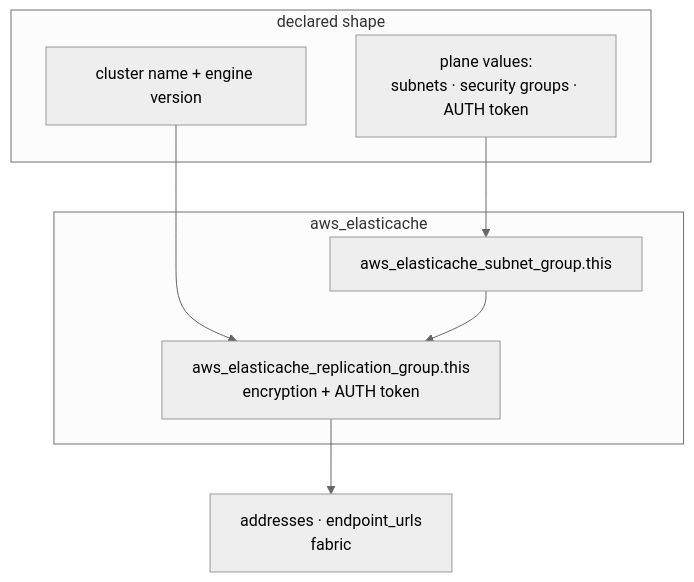
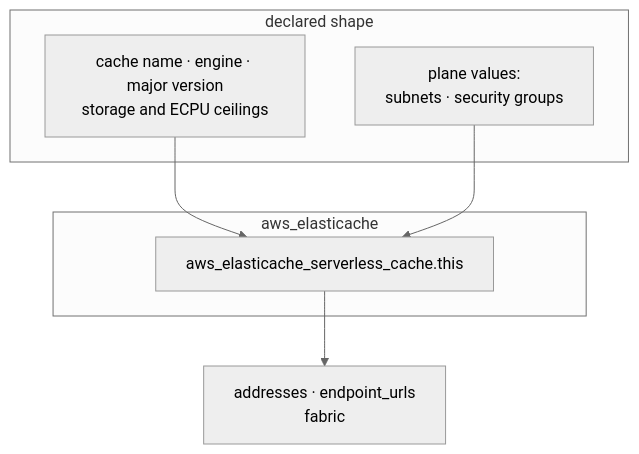
Before and after one commit to kunalPisolkar24/detectAI: the third of 7 diagrams in infra/docs/concepts/fabrics.md, drawn with Mermaid (neutral theme). The commit also changed other lines of this file and 48 other files, not shown here.

Commit message:
Migrate shared cache to ElastiCache Serverless and remove chats Redis auth token

````diff
--- a/infra/docs/concepts/fabrics.md
+++ b/infra/docs/concepts/fabrics.md
@@ -74,16 +74,15 @@
 ```mermaid
 graph TB
     subgraph SHAPE["declared shape"]
-        NAME["cluster name + engine version"]
-        PLACE["plane values:<br/>subnets · security groups · AUTH token"]
+        NAME["cache name · engine · major version<br/>storage and ECPU ceilings"]
+        PLACE["plane values:<br/>subnets · security groups"]
     end
 
     subgraph RESOURCES["aws_elasticache"]
-        SG["aws_elasticache_subnet_group.this"]
-        RG["aws_elasticache_replication_group.this<br/>encryption + AUTH token"]
+        SC["aws_elasticache_serverless_cache.this"]
     end
 
-    NAME --> RG
-    PLACE --> SG --> RG
-    RG --> OUT["addresses · endpoint_urls<br/>fabric"]
+    NAME --> SC
+    PLACE --> SC
+    SC --> OUT["addresses · endpoint_urls<br/>fabric"]
 ```
````
